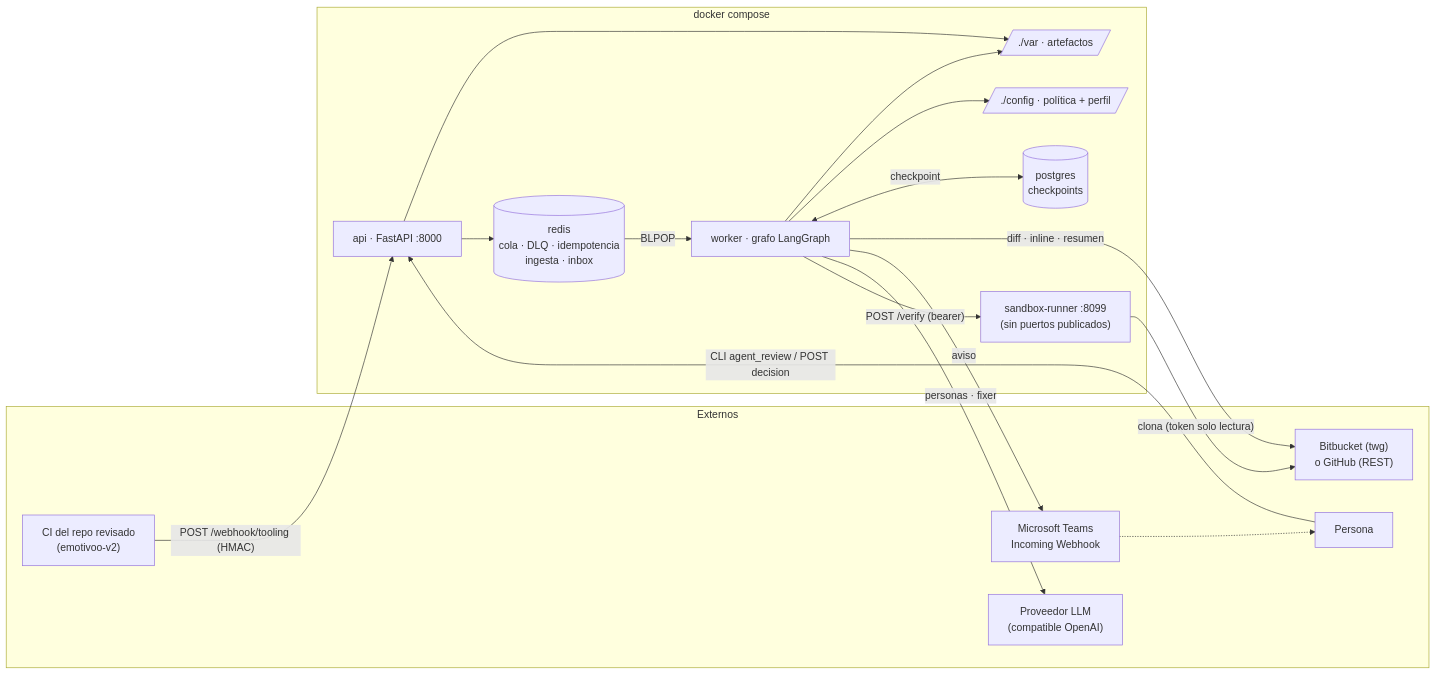
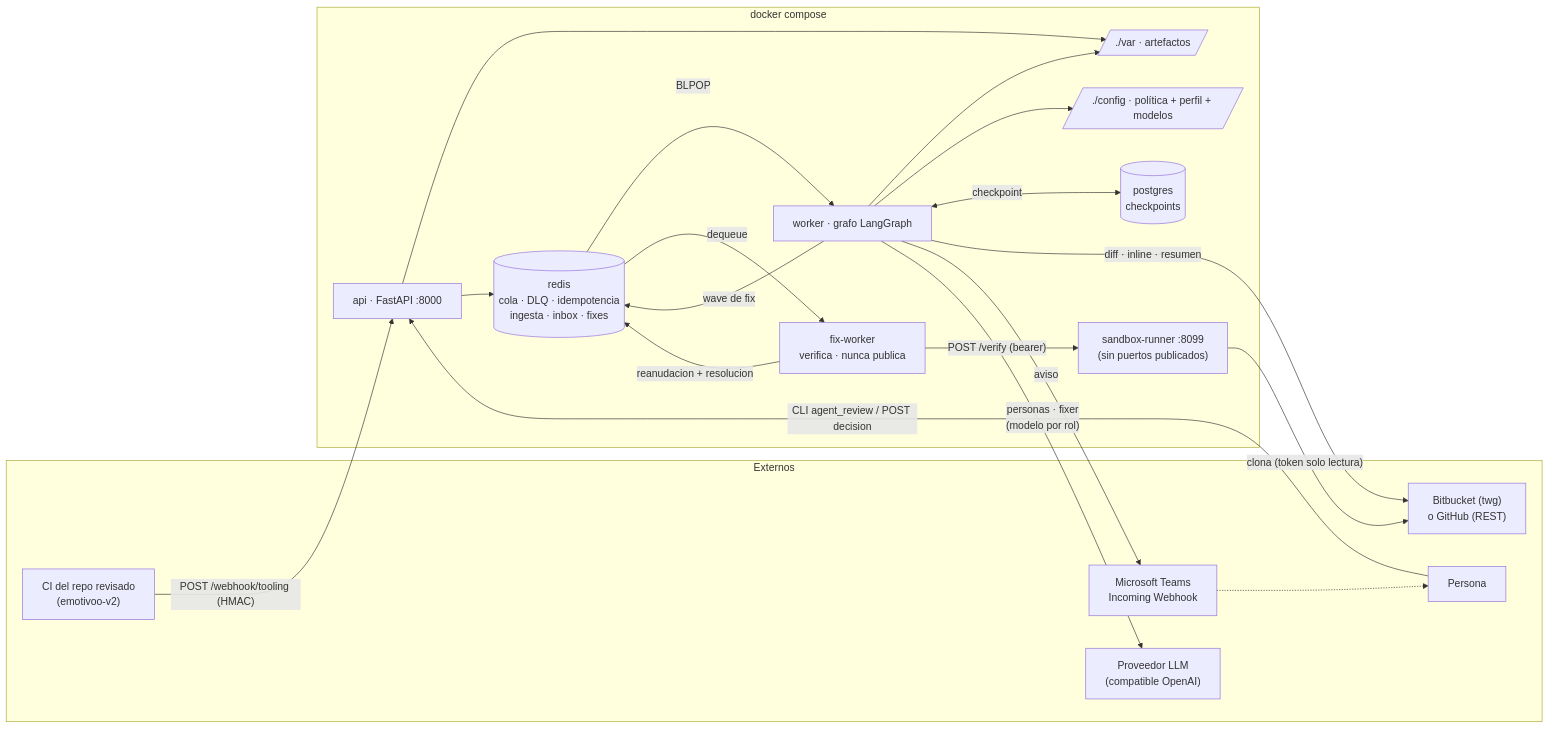
Before and after one commit to pcgarat/agent-review-langgraph: the first of 6 diagrams in docs/arquitectura.md, drawn with Mermaid. The commit also changed other lines of this file and 50 other files, not shown here.

````diff
--- a/docs/arquitectura.md
+++ b/docs/arquitectura.md
@@ -13,35 +13,39 @@
 ```mermaid
 flowchart LR
     subgraph EXT["Externos"]
         CI["CI del repo revisado<br/>(emotivoo-v2)"]
         VCS["Bitbucket (twg)<br/>o GitHub (REST)"]
         TEAMS["Microsoft Teams<br/>Incoming Webhook"]
         LLM["Proveedor LLM<br/>(compatible OpenAI)"]
         HUMAN["Persona"]
     end
 
     subgraph PLAT["docker compose"]
         API["api · FastAPI :8000"]
         WORKER["worker · grafo LangGraph"]
+        FIXW["fix-worker<br/>verifica · nunca publica"]
         RUNNER["sandbox-runner :8099<br/>(sin puertos publicados)"]
-        REDIS[("redis<br/>cola · DLQ · idempotencia<br/>ingesta · inbox")]
+        REDIS[("redis<br/>cola · DLQ · idempotencia<br/>ingesta · inbox · fixes")]
         PG[("postgres<br/>checkpoints")]
         VAR[/"./var · artefactos"/]
-        CFG[/"./config · política + perfil"/]
+        CFG[/"./config · política + perfil + modelos"/]
     end
 
     CI -->|"POST /webhook/tooling (HMAC)"| API
     API --> VAR
     API --> REDIS
     HUMAN -->|"CLI agent_review / POST decision"| API
     REDIS -->|BLPOP| WORKER
     WORKER --> VAR
     WORKER --> CFG
     WORKER <-->|checkpoint| PG
     WORKER -->|"diff · inline · resumen"| VCS
     WORKER -->|aviso| TEAMS
-    WORKER -->|"personas · fixer"| LLM
-    WORKER -->|"POST /verify (bearer)"| RUNNER
+    WORKER -->|"personas · fixer<br/>(modelo por rol)"| LLM
+    WORKER -->|"wave de fix"| REDIS
+    REDIS -->|dequeue| FIXW
+    FIXW -->|"POST /verify (bearer)"| RUNNER
+    FIXW -->|"reanudacion + resolucion"| REDIS
     RUNNER -->|"clona (token solo lectura)"| VCS
     TEAMS -.-> HUMAN
 ```
````
